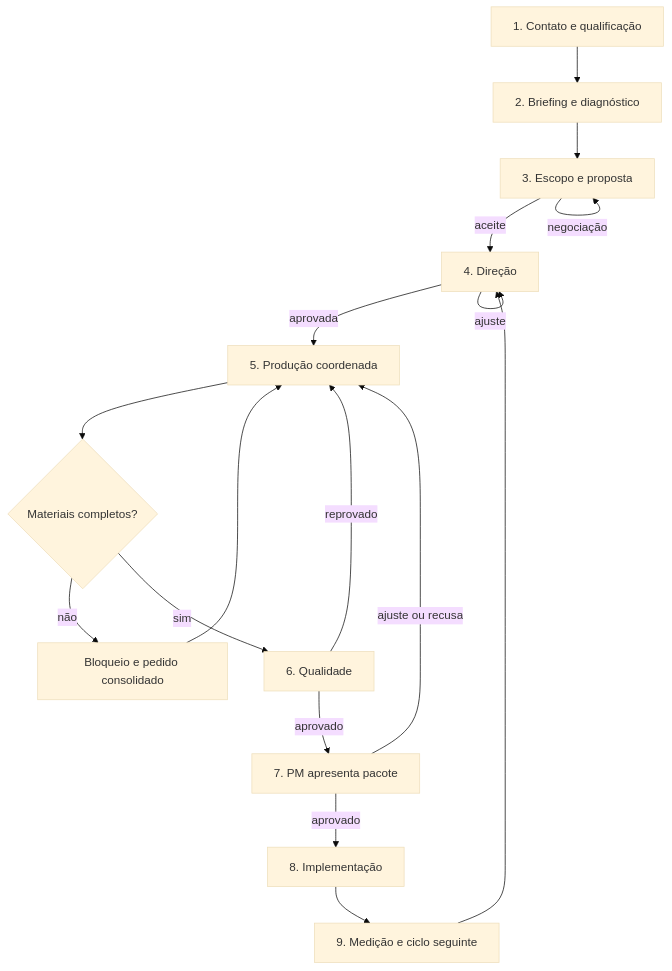
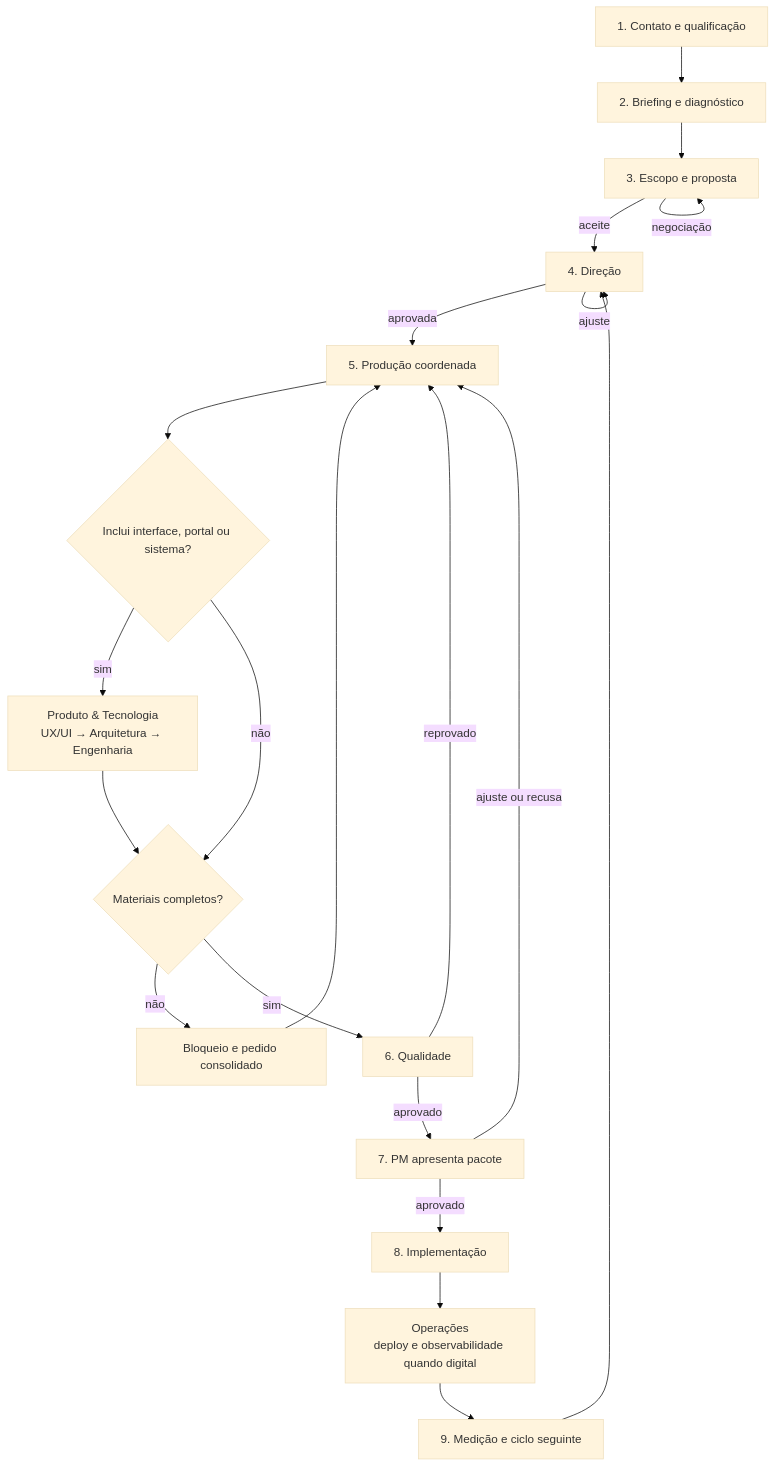
The first of 2 diagrams in docs/arquitetura-operacional-v2/03-ESTEIRA-E-HANDOFFS.md (diolisantos10/diolidigital), drawn with Mermaid (base theme) before and after one commit. The commit also changed other lines of this file and 37 other files, not shown here.

Commit message:
feat: adiciona departamento de produto e tecnologia

````diff
--- a/docs/arquitetura-operacional-v2/03-ESTEIRA-E-HANDOFFS.md
+++ b/docs/arquitetura-operacional-v2/03-ESTEIRA-E-HANDOFFS.md
@@ -5,19 +5,23 @@
 ```mermaid
 flowchart TD
     A["1. Contato e qualificação"] --> B["2. Briefing e diagnóstico"]
     B --> C["3. Escopo e proposta"]
     C -->|aceite| D["4. Direção"]
     C -->|negociação| C
     D -->|aprovada| E["5. Produção coordenada"]
     D -->|ajuste| D
-    E --> F{"Materiais completos?"}
+    E --> T{"Inclui interface, portal ou sistema?"}
+    T -->|sim| U["Produto & Tecnologia<br/>UX/UI → Arquitetura → Engenharia"]
+    T -->|não| F{"Materiais completos?"}
+    U --> F
     F -->|não| G["Bloqueio e pedido consolidado"]
     G --> E
     F -->|sim| H["6. Qualidade"]
     H -->|reprovado| E
     H -->|aprovado| I["7. PM apresenta pacote"]
     I -->|ajuste ou recusa| E
     I -->|aprovado| J["8. Implementação"]
-    J --> K["9. Medição e ciclo seguinte"]
+    J --> O["Operações<br/>deploy e observabilidade quando digital"]
+    O --> K["9. Medição e ciclo seguinte"]
     K --> D
 ```
````
